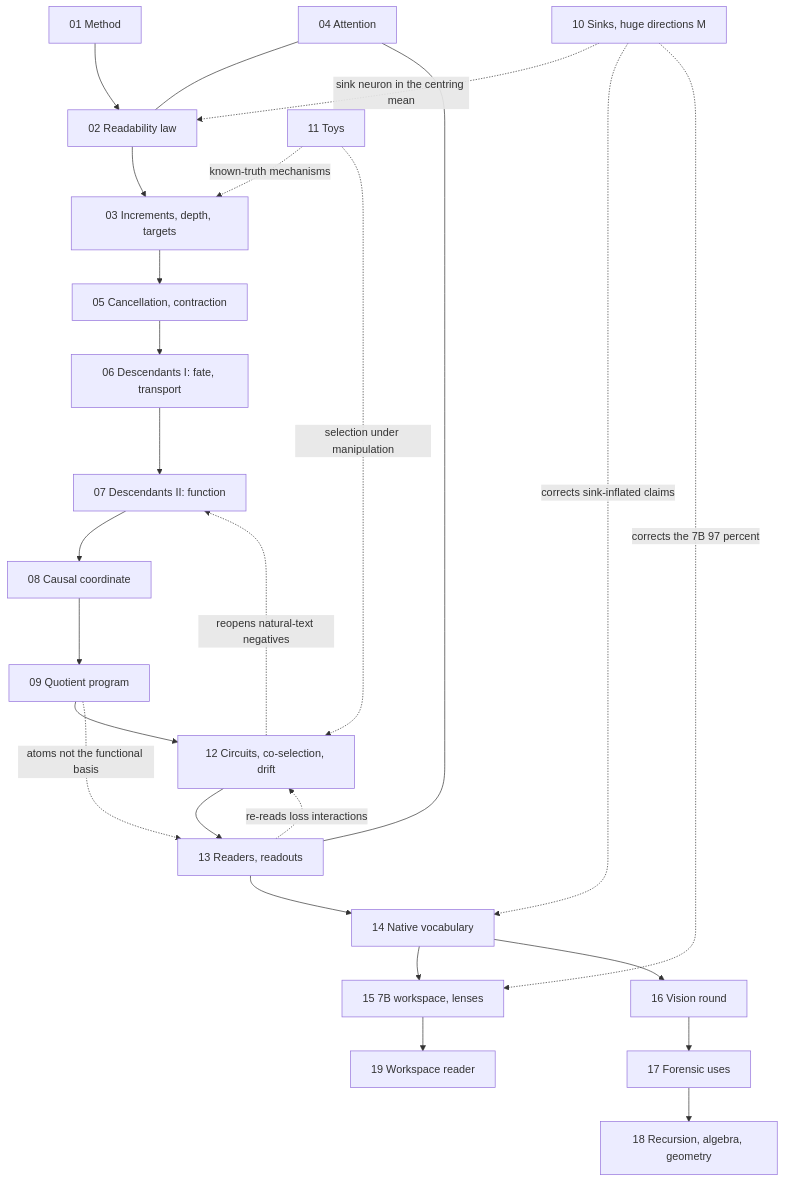
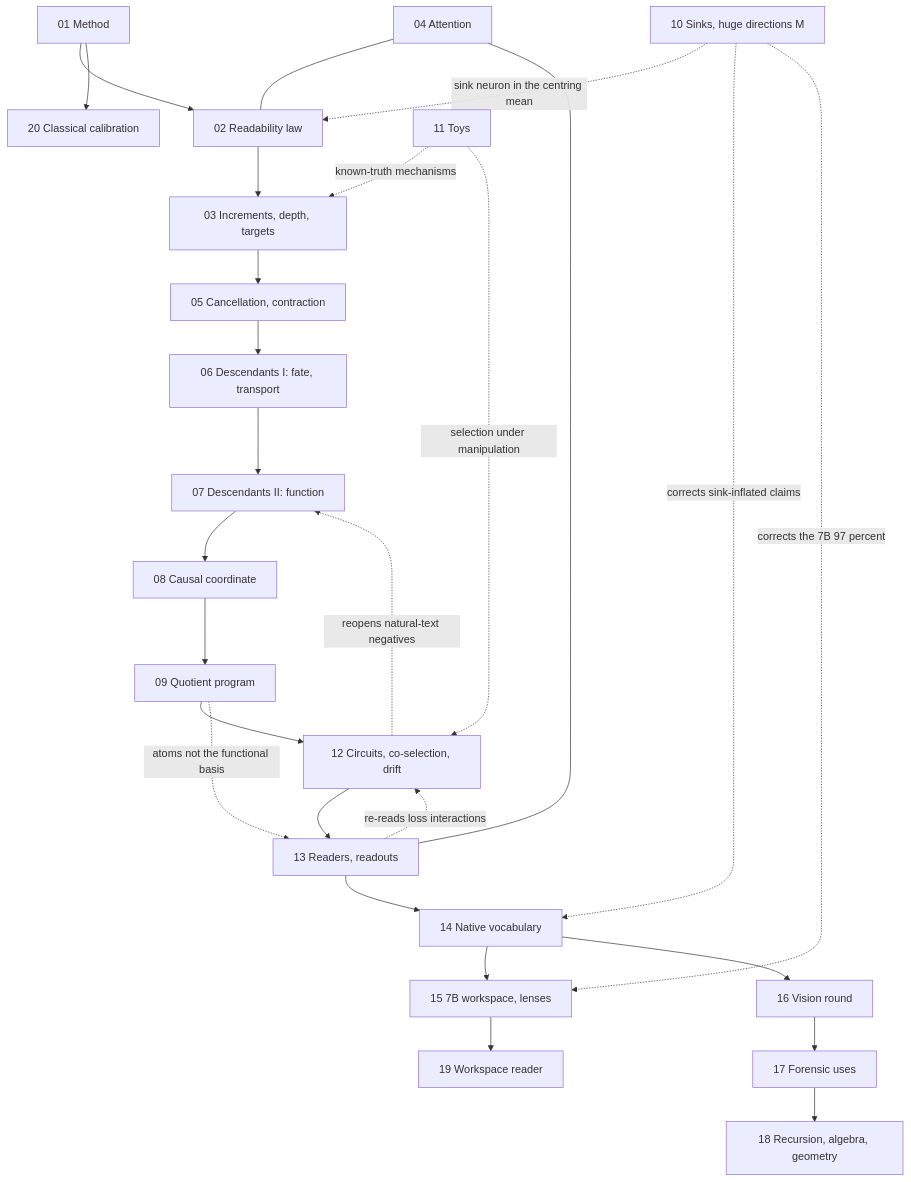
Before and after one commit to sunmoonron/wdd-descendants: the diagram in README.md, drawn with Mermaid. The commit also changed other lines of this file and 75 other files, not shown here.

````diff
--- a/README.md
+++ b/README.md
@@ -39,28 +40,29 @@
 ```mermaid
 flowchart TD
   A01["01 Method"] --> A02["02 Readability law"]
   A02 --> A03["03 Increments, depth, targets"]
   A03 --> A05["05 Cancellation, contraction"]
   A05 --> A06["06 Descendants I: fate, transport"]
   A06 --> A07["07 Descendants II: function"]
   A07 --> A08["08 Causal coordinate"]
   A08 --> A09["09 Quotient program"]
   A09 --> A12["12 Circuits, co-selection, drift"]
   A12 --> A13["13 Readers, readouts"]
   A13 --> A14["14 Native vocabulary"]
   A14 --> A15["15 7B workspace, lenses"]
   A14 --> A16["16 Vision round"]
   A16 --> A17["17 Forensic uses"]
   A17 --> A18["18 Recursion, algebra, geometry"]
   A15 --> A19["19 Workspace reader"]
+  A01 --> A20["20 Classical calibration"]
   A04["04 Attention"] --- A02
   A04 --- A13
   A10["10 Sinks, huge directions M"] -.->|sink neuron in the centring mean| A02
   A10 -.->|corrects sink-inflated claims| A14
   A10 -.->|corrects the 7B 97 percent| A15
   A11["11 Toys"] -.->|known-truth mechanisms| A03
   A11 -.->|selection under manipulation| A12
   A12 -.->|reopens natural-text negatives| A07
   A13 -.->|re-reads loss interactions| A12
   A09 -.->|atoms not the functional basis| A13
 ```
````
